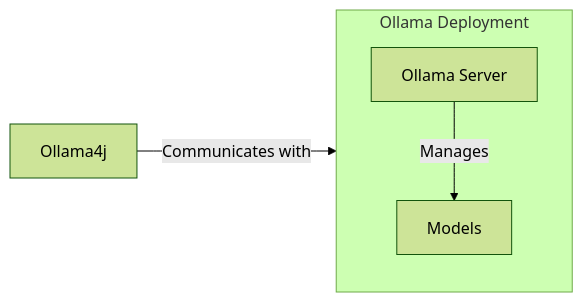
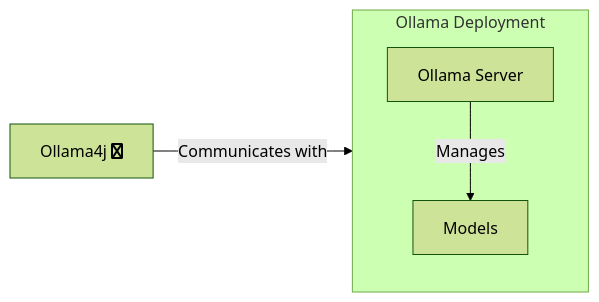
The diagram in README.md (ollama4j/ollama4j), drawn with Mermaid (forest theme) before and after one commit.

````diff
--- a/README.md
+++ b/README.md
@@ -7,12 +7,11 @@
 ```mermaid
-  graph LR
-;
-    o4j[Ollama4j]
+  flowchart LR
+    o4j[Ollama4j fa:fa-java]
     o[Ollama Server]
     o4j -->|Communicates with| o;
     m[Models]
     subgraph Ollama Deployment
         direction TB
         o -->|Manages| m
     end
 ```
````
